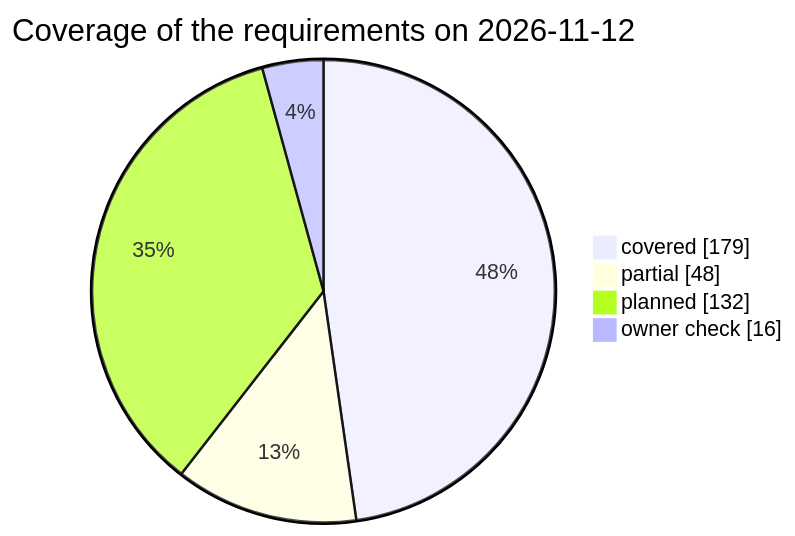
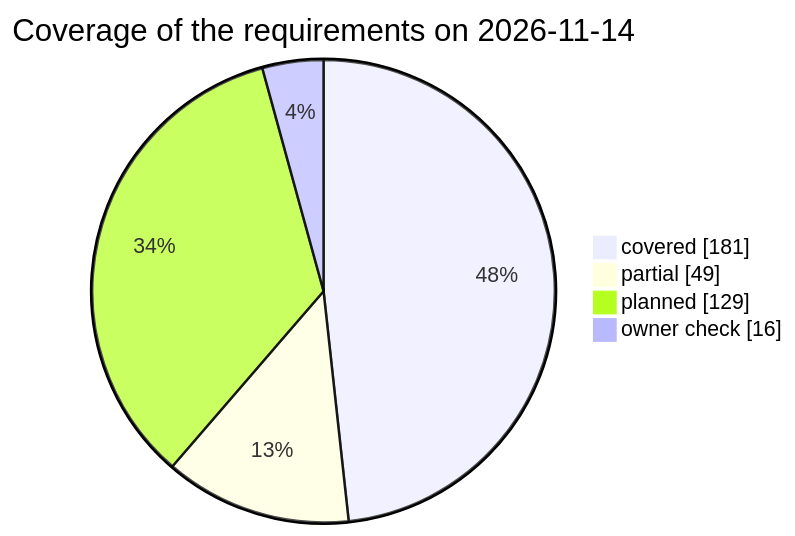
Before and after one commit to qa-io-vn/fnb-manager: the third of 3 diagrams in docs/test-plan.md, drawn with Mermaid. The commit also changed other lines of this file and 87 other files, not shown here.

````diff
--- a/docs/test-plan.md
+++ b/docs/test-plan.md
@@ -834,8 +834,8 @@
 ```mermaid
 pie showData
-    title Coverage of the requirements on 2026-11-12
-    "covered" : 179
-    "partial" : 48
-    "planned" : 132
+    title Coverage of the requirements on 2026-11-14
+    "covered" : 181
+    "partial" : 49
+    "planned" : 129
     "owner check" : 16
 ```
````
